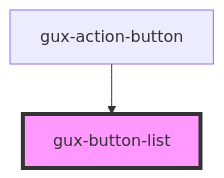
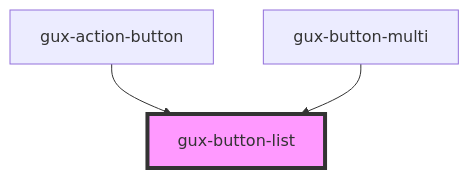
Before and after one commit to pmkartika/genesys-webcomponents: the diagram in src/components/stable/gux-action-button/gux-button-list/readme.md, drawn with Mermaid. The commit also changed other lines of this file and 7 other files, not shown here.

Commit message:
chore(gux-action-button): refactor action-button and button-multi to use list of buttons not listbox

````diff
--- a/src/components/stable/gux-action-button/gux-button-list/readme.md
+++ b/src/components/stable/gux-action-button/gux-button-list/readme.md
@@ -94,5 +95,6 @@
 ```mermaid
 graph TD;
   gux-action-button --> gux-button-list
+  gux-button-multi --> gux-button-list
   style gux-button-list fill:#f9f,stroke:#333,stroke-width:4px
 ```
````
